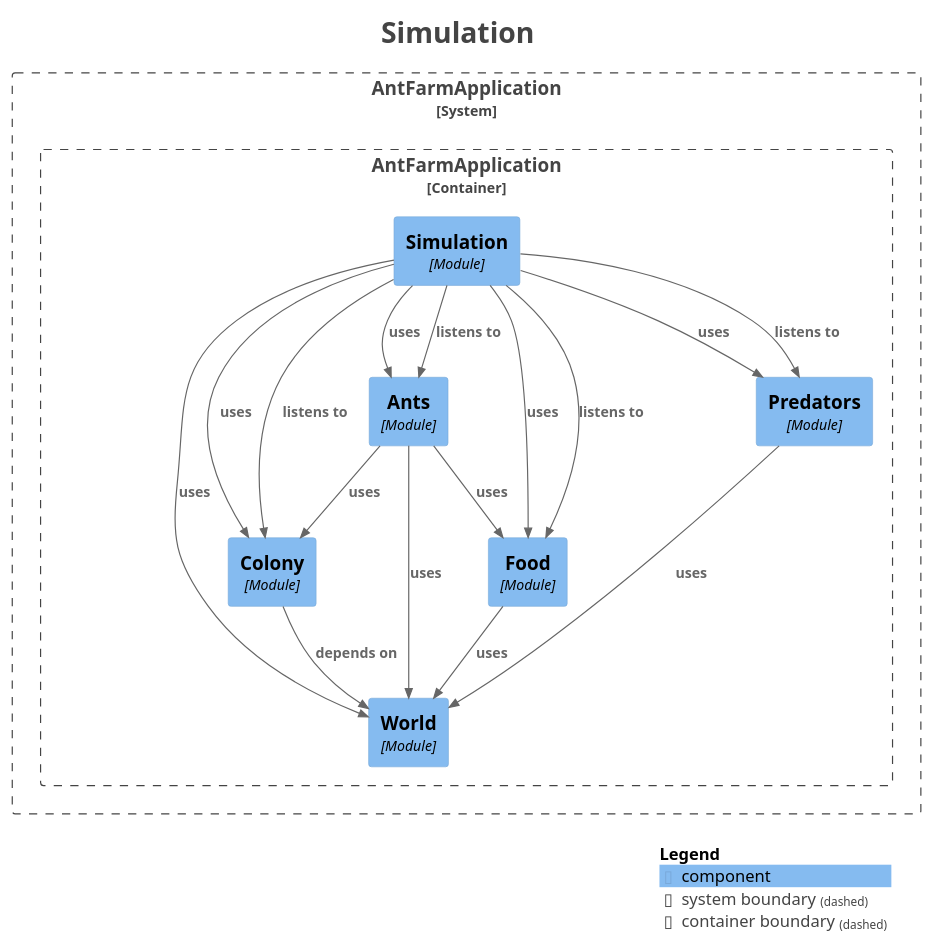
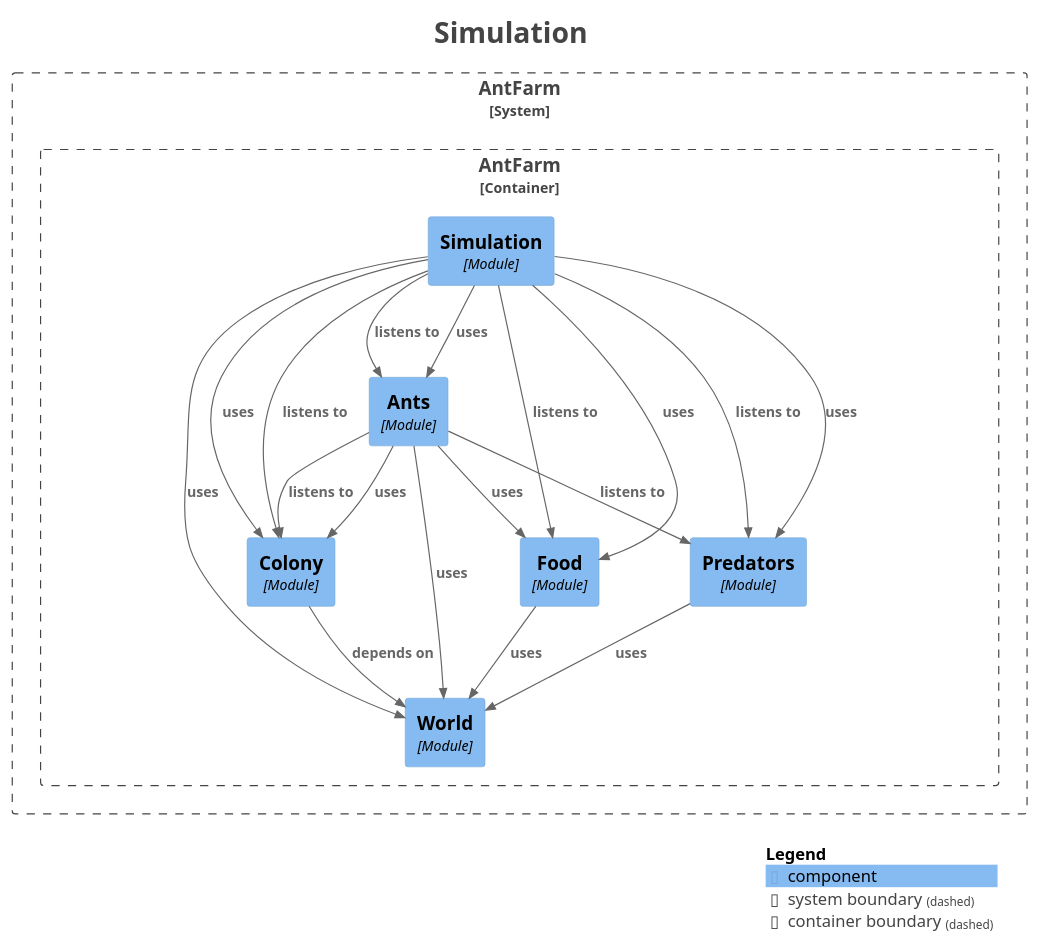
Before and after one commit to BlockCat/ddd-ants: the diagram in src/main/resources/static/docs/module-simulation.puml, drawn with PlantUML. The commit also changed 47 other files, not shown here.

First line of the commit message:
Refactor AntFarm application structure and enhance documentation

```diff
--- a/src/main/resources/static/docs/module-simulation.puml
+++ b/src/main/resources/static/docs/module-simulation.puml
@@ -1,48 +1,50 @@
 @startuml
 title <size:24>Simulation</size>
 
 set separator none
 top to bottom direction
 
 <style>
   root {
     BackgroundColor: #ffffff
     FontColor: #444444
   }
 </style>
 
 !include <C4/C4>
 !include <C4/C4_Context>
 !include <C4/C4_Component>
 
-System_Boundary("AntFarmApplication_boundary", "AntFarmApplication", $tags="") {
-  Container_Boundary("AntFarmApplication.AntFarmApplication_boundary", "AntFarmApplication", $tags="") {
-    Component(AntFarmApplication.AntFarmApplication.World, "World", $techn="Module", $descr="", $tags="", $link="")
-    Component(AntFarmApplication.AntFarmApplication.Colony, "Colony", $techn="Module", $descr="", $tags="", $link="")
-    Component(AntFarmApplication.AntFarmApplication.Food, "Food", $techn="Module", $descr="", $tags="", $link="")
-    Component(AntFarmApplication.AntFarmApplication.Predators, "Predators", $techn="Module", $descr="", $tags="", $link="")
-    Component(AntFarmApplication.AntFarmApplication.Ants, "Ants", $techn="Module", $descr="", $tags="", $link="")
-    Component(AntFarmApplication.AntFarmApplication.Simulation, "Simulation", $techn="Module", $descr="", $tags="", $link="")
+System_Boundary("AntFarm_boundary", "AntFarm", $tags="") {
+  Container_Boundary("AntFarm.AntFarm_boundary", "AntFarm", $tags="") {
+    Component(AntFarm.AntFarm.World, "World", $techn="Module", $descr="", $tags="", $link="")
+    Component(AntFarm.AntFarm.Colony, "Colony", $techn="Module", $descr="", $tags="", $link="")
+    Component(AntFarm.AntFarm.Food, "Food", $techn="Module", $descr="", $tags="", $link="")
+    Component(AntFarm.AntFarm.Predators, "Predators", $techn="Module", $descr="", $tags="", $link="")
+    Component(AntFarm.AntFarm.Ants, "Ants", $techn="Module", $descr="", $tags="", $link="")
+    Component(AntFarm.AntFarm.Simulation, "Simulation", $techn="Module", $descr="", $tags="", $link="")
   }
 
 }
 
-Rel(AntFarmApplication.AntFarmApplication.Predators, AntFarmApplication.AntFarmApplication.World, "uses", $techn="", $tags="", $link="")
-Rel(AntFarmApplication.AntFarmApplication.Food, AntFarmApplication.AntFarmApplication.World, "uses", $techn="", $tags="", $link="")
-Rel(AntFarmApplication.AntFarmApplication.Colony, AntFarmApplication.AntFarmApplication.World, "depends on", $techn="", $tags="", $link="")
-Rel(AntFarmApplication.AntFarmApplication.Simulation, AntFarmApplication.AntFarmApplication.Colony, "listens to", $techn="", $tags="", $link="")
-Rel(AntFarmApplication.AntFarmApplication.Simulation, AntFarmApplication.AntFarmApplication.Ants, "listens to", $techn="", $tags="", $link="")
-Rel(AntFarmApplication.AntFarmApplication.Simulation, AntFarmApplication.AntFarmApplication.Food, "listens to", $techn="", $tags="", $link="")
-Rel(AntFarmApplication.AntFarmApplication.Simulation, AntFarmApplication.AntFarmApplication.Predators, "listens to", $techn="", $tags="", $link="")
-Rel(AntFarmApplication.AntFarmApplication.Simulation, AntFarmApplication.AntFarmApplication.World, "uses", $techn="", $tags="", $link="")
-Rel(AntFarmApplication.AntFarmApplication.Simulation, AntFarmApplication.AntFarmApplication.Colony, "uses", $techn="", $tags="", $link="")
-Rel(AntFarmApplication.AntFarmApplication.Simulation, AntFarmApplication.AntFarmApplication.Ants, "uses", $techn="", $tags="", $link="")
-Rel(AntFarmApplication.AntFarmApplication.Simulation, AntFarmApplication.AntFarmApplication.Food, "uses", $techn="", $tags="", $link="")
-Rel(AntFarmApplication.AntFarmApplication.Simulation, AntFarmApplication.AntFarmApplication.Predators, "uses", $techn="", $tags="", $link="")
-Rel(AntFarmApplication.AntFarmApplication.Ants, AntFarmApplication.AntFarmApplication.World, "uses", $techn="", $tags="", $link="")
-Rel(AntFarmApplication.AntFarmApplication.Ants, AntFarmApplication.AntFarmApplication.Colony, "uses", $techn="", $tags="", $link="")
-Rel(AntFarmApplication.AntFarmApplication.Ants, AntFarmApplication.AntFarmApplication.Food, "uses", $techn="", $tags="", $link="")
+Rel(AntFarm.AntFarm.Predators, AntFarm.AntFarm.World, "uses", $techn="", $tags="", $link="")
+Rel(AntFarm.AntFarm.Food, AntFarm.AntFarm.World, "uses", $techn="", $tags="", $link="")
+Rel(AntFarm.AntFarm.Simulation, AntFarm.AntFarm.Colony, "listens to", $techn="", $tags="", $link="")
+Rel(AntFarm.AntFarm.Simulation, AntFarm.AntFarm.Food, "listens to", $techn="", $tags="", $link="")
+Rel(AntFarm.AntFarm.Simulation, AntFarm.AntFarm.Ants, "listens to", $techn="", $tags="", $link="")
+Rel(AntFarm.AntFarm.Simulation, AntFarm.AntFarm.Predators, "listens to", $techn="", $tags="", $link="")
+Rel(AntFarm.AntFarm.Simulation, AntFarm.AntFarm.World, "uses", $techn="", $tags="", $link="")
+Rel(AntFarm.AntFarm.Simulation, AntFarm.AntFarm.Colony, "uses", $techn="", $tags="", $link="")
+Rel(AntFarm.AntFarm.Simulation, AntFarm.AntFarm.Ants, "uses", $techn="", $tags="", $link="")
+Rel(AntFarm.AntFarm.Simulation, AntFarm.AntFarm.Food, "uses", $techn="", $tags="", $link="")
+Rel(AntFarm.AntFarm.Simulation, AntFarm.AntFarm.Predators, "uses", $techn="", $tags="", $link="")
+Rel(AntFarm.AntFarm.Ants, AntFarm.AntFarm.Colony, "listens to", $techn="", $tags="", $link="")
+Rel(AntFarm.AntFarm.Ants, AntFarm.AntFarm.Predators, "listens to", $techn="", $tags="", $link="")
+Rel(AntFarm.AntFarm.Ants, AntFarm.AntFarm.World, "uses", $techn="", $tags="", $link="")
+Rel(AntFarm.AntFarm.Ants, AntFarm.AntFarm.Colony, "uses", $techn="", $tags="", $link="")
+Rel(AntFarm.AntFarm.Ants, AntFarm.AntFarm.Food, "uses", $techn="", $tags="", $link="")
+Rel(AntFarm.AntFarm.Colony, AntFarm.AntFarm.World, "depends on", $techn="", $tags="", $link="")
 
 SHOW_LEGEND(true)
 hide stereotypes
 @enduml
```
